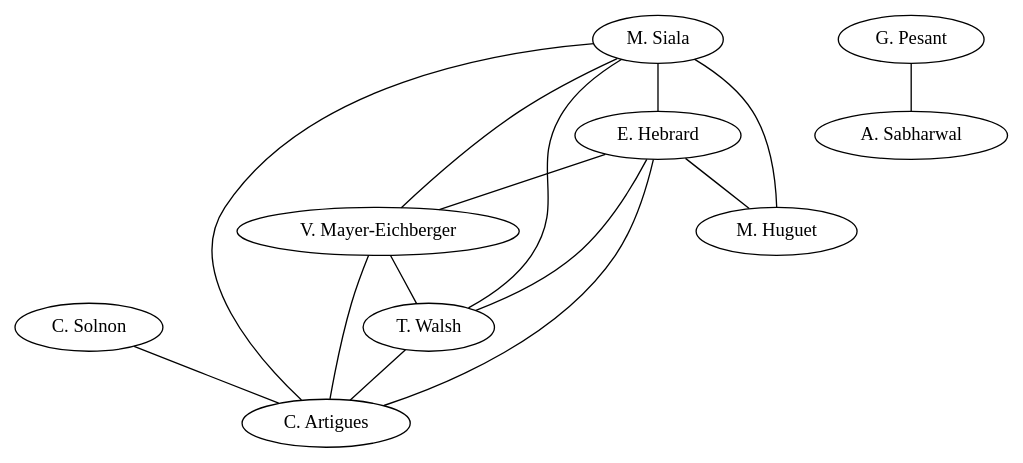
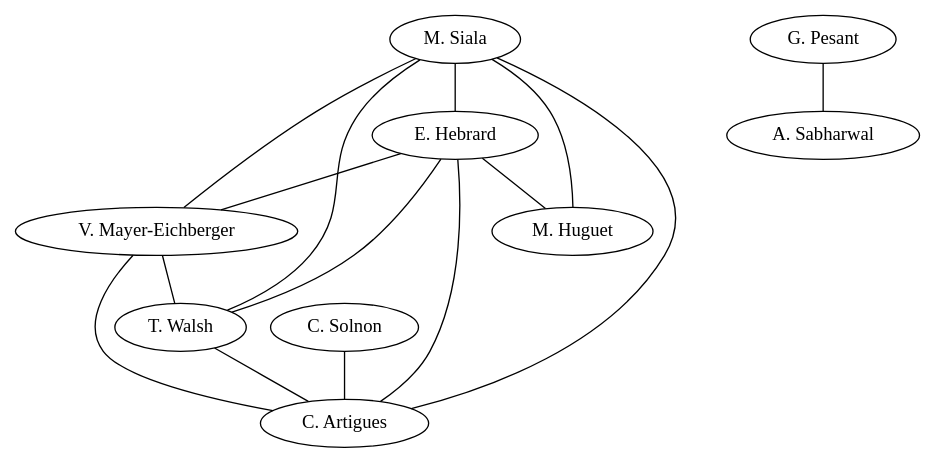
Before and after one commit to hsimonis/pthg24: the diagram in cars/graphviz/coauth.gv, drawn with Graphviz. The commit also changed 494 other files, not shown here.

```diff
--- a/cars/graphviz/coauth.gv
+++ b/cars/graphviz/coauth.gv
@@ -1,25 +1,25 @@
 strict graph coauth {
+a35 [label="V. Mayer-Eichberger"]
+a42 [label="A. Sabharwal"]
+a12 [label="E. Hebrard"]
 a5 [label="C. Solnon"]
+a11 [label="M. Siala"]
+a13 [label="M. Huguet"]
+a40 [label="G. Pesant"]
+a36 [label="T. Walsh"]
 a8 [label="C. Artigues"]
-a11 [label="M. Siala"]
-a42 [label="A. Sabharwal"]
-a40 [label="G. Pesant"]
-a13 [label="M. Huguet"]
-a36 [label="T. Walsh"]
-a35 [label="V. Mayer-Eichberger"]
-a12 [label="E. Hebrard"]
-  a35 -- a36 [weight=2]
-   a12 -- a13 [weight=2]
+  a12 -- a13 [weight=2]
    a11 -- a12 [weight=3]
    a11 -- a13 [weight=2]
+   a40 -- a42 [weight=2]
    a12 -- a8 [weight=1]
    a12 -- a36 [weight=1]
    a12 -- a35 [weight=1]
    a11 -- a8 [weight=1]
    a11 -- a36 [weight=1]
    a11 -- a35 [weight=1]
    a36 -- a8 [weight=1]
    a35 -- a8 [weight=1]
+   a35 -- a36 [weight=2]
    a5 -- a8 [weight=1]
-   a40 -- a42 [weight=2]
  }
```
